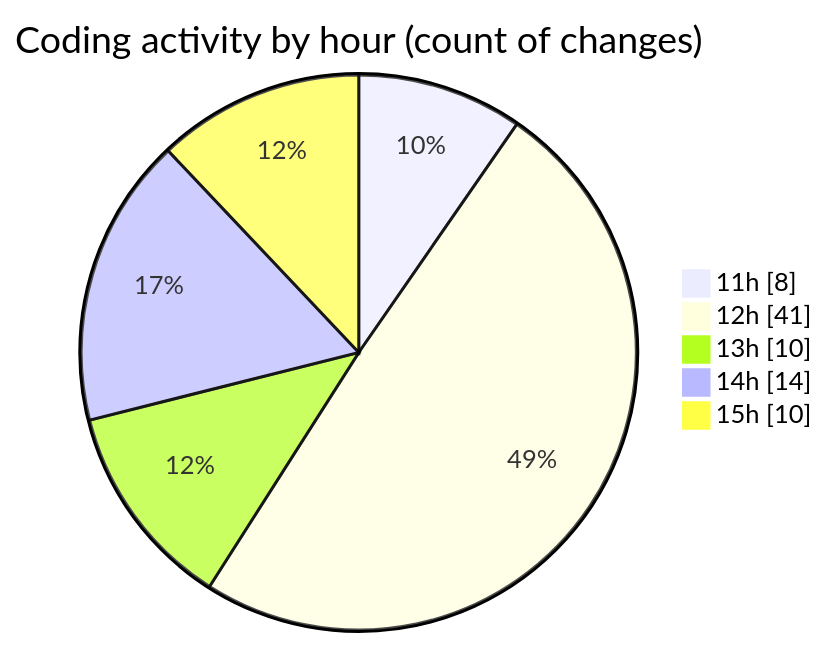
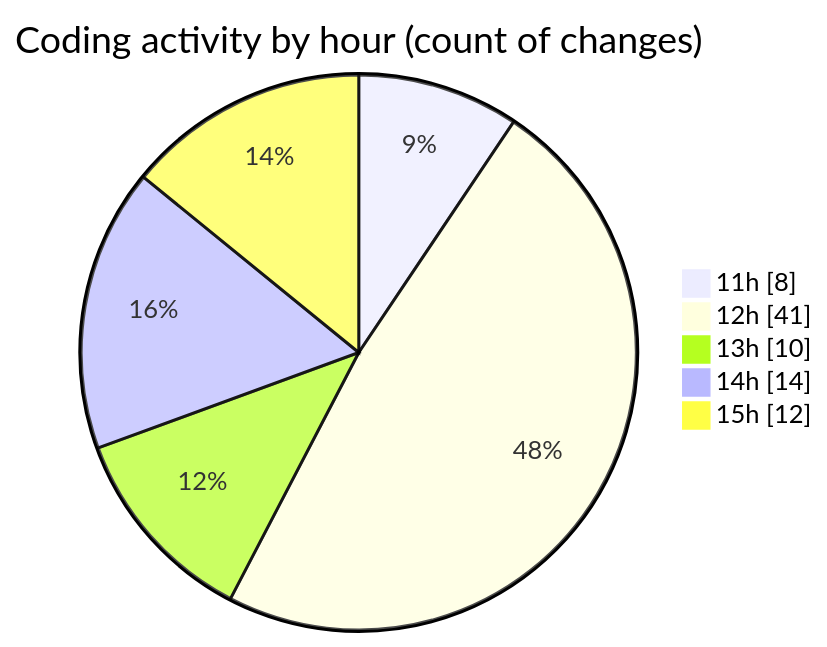
The second of 2 diagrams in 2025-05-04/project/README.md (BS-eng2023/code-tracking), drawn with Mermaid before and after one commit. The commit also changed other lines of this file and 1 other file, not shown here.

````diff
--- a/2025-05-04/project/README.md
+++ b/2025-05-04/project/README.md
@@ -50,9 +50,9 @@
 ```mermaid
 pie showData
 title Coding activity by hour (count of changes)
 "11h" : 8
 "12h" : 41
 "13h" : 10
 "14h" : 14
-"15h" : 10
+"15h" : 12
 ```
````
